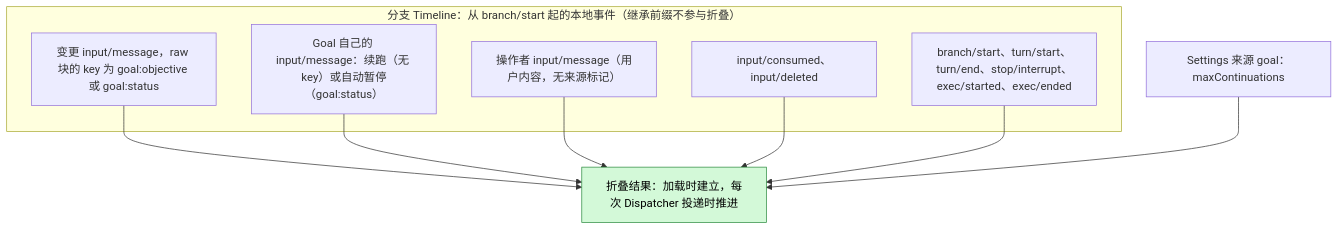
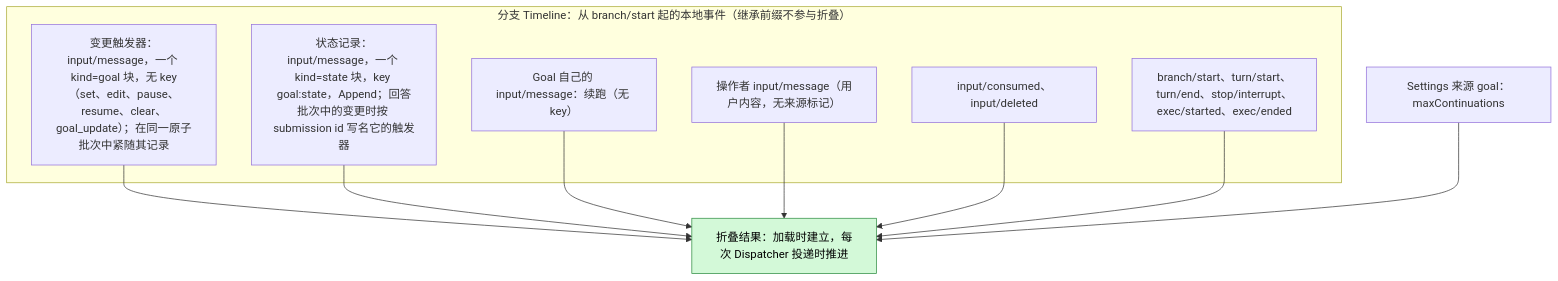
One commit to CoutinhoTTS/dim-agent changed the second of 7 diagrams in docs/zh/design/plugins/Goal.md. Above: the diagram before and after it, drawn with Mermaid. The commit also changed other lines of this file and 229 other files, not shown here.

First line of the commit message:
refactor(timeline): query properties and bound history consumers

````diff
--- a/docs/zh/design/plugins/Goal.md
+++ b/docs/zh/design/plugins/Goal.md
@@ -49,19 +49,21 @@
 ```mermaid
 flowchart TB
   subgraph TLB["分支 Timeline：从 branch/start 起的本地事件（继承前缀不参与折叠）"]
-    GBK["变更 input/message，raw 块的 key 为 goal:objective 或 goal:status"]
-    CI["Goal 自己的 input/message：续跑（无 key）或自动暂停（goal:status）"]
+    TR["变更触发器：input/message，一个 kind=goal 块，无 key（set、edit、pause、resume、clear、goal_update）；在同一原子批次中紧随其记录"]
+    SR["状态记录：input/message，一个 kind=state 块，key goal:state，Append；回答批次中的变更时按 submission id 写名它的触发器"]
+    CI["Goal 自己的 input/message：续跑（无 key）"]
     OI["操作者 input/message（用户内容，无来源标记）"]
     IC["input/consumed、input/deleted"]
     TE["branch/start、turn/start、turn/end、stop/interrupt、exec/started、exec/ended"]
   end
   CFG["Settings 来源 goal：maxContinuations"]
   VIEW["折叠结果：加载时建立，每次 Dispatcher 投递时推进"]:::new
-  GBK --> VIEW
+  TR --> VIEW
+  SR --> VIEW
   CI --> VIEW
   OI --> VIEW
   IC --> VIEW
   TE --> VIEW
   CFG --> VIEW
   classDef new fill:#d3f9d8,stroke:#2b8a3e,color:#000
 ```
````
